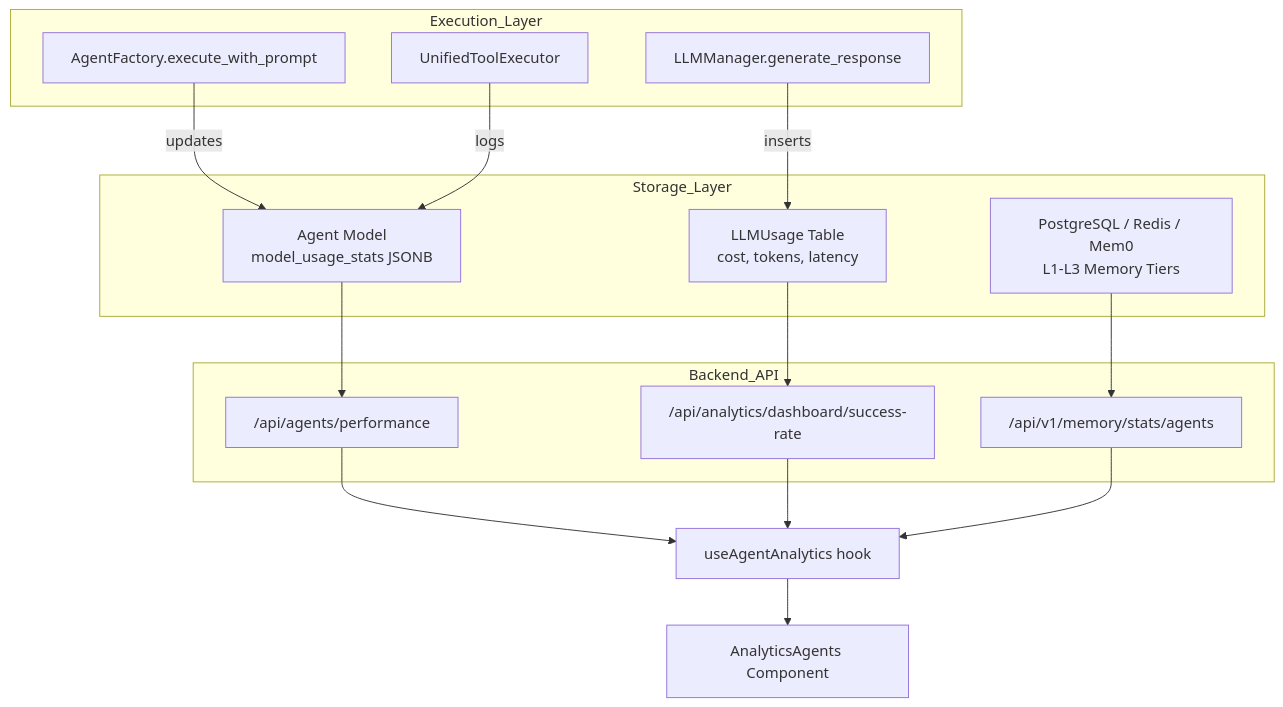
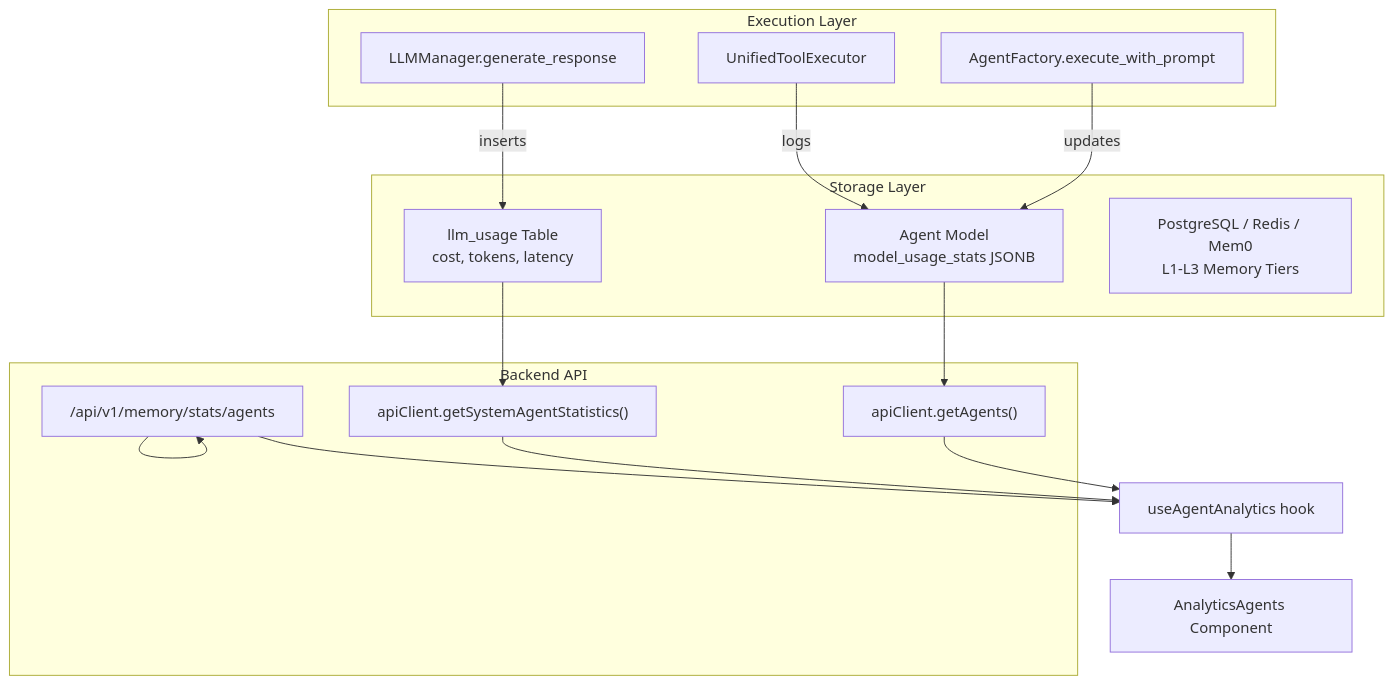
Before and after one commit to AutomatosAI/automatos-ai: the first of 5 diagrams in docs/analytics-monitoring/agent-workflow-analytics.md, drawn with Mermaid. The commit also changed other lines of this file and 191 other files, not shown here.

````diff
--- a/docs/analytics-monitoring/agent-workflow-analytics.md
+++ b/docs/analytics-monitoring/agent-workflow-analytics.md
@@ -63,34 +63,34 @@
 ```mermaid
 graph TB
-    subgraph "Execution_Layer"
+    subgraph "Execution Layer"
         AgentFactory["AgentFactory.execute_with_prompt"]
         LLMManager["LLMManager.generate_response"]
         UnifiedExecutor["UnifiedToolExecutor"]
     end
     
-    subgraph "Storage_Layer"
+    subgraph "Storage Layer"
         AgentModel["Agent Model<br/>model_usage_stats JSONB"]
-        LLMUsageTable["LLMUsage Table<br/>cost, tokens, latency"]
+        LLMUsageTable["llm_usage Table<br/>cost, tokens, latency"]
         MemoryDB["PostgreSQL / Redis / Mem0<br/>L1-L3 Memory Tiers"]
     end
     
-    subgraph "Backend_API"
-        AgentAPI["/api/agents/performance"]
-        SysStats["/api/analytics/dashboard/success-rate"]
+    subgraph "Backend API"
+        AgentAPI["apiClient.getAgents()"]
+        SysStats["apiClient.getSystemAgentStatistics()"]
         MemStats["/api/v1/memory/stats/agents"]
     end
     
     AgentFactory -->|updates| AgentModel
     LLMManager -->|inserts| LLMUsageTable
     UnifiedExecutor -->|logs| AgentModel
     
     AgentModel --> AgentAPI
     LLMUsageTable --> SysStats
-    MemoryDB --> MemStats
+    MemStats --> MemStats
     
     AgentAPI --> Hook["useAgentAnalytics hook"]
     SysStats --> Hook
     MemStats --> Hook
     
     Hook --> UI["AnalyticsAgents Component"]
 ```
````
